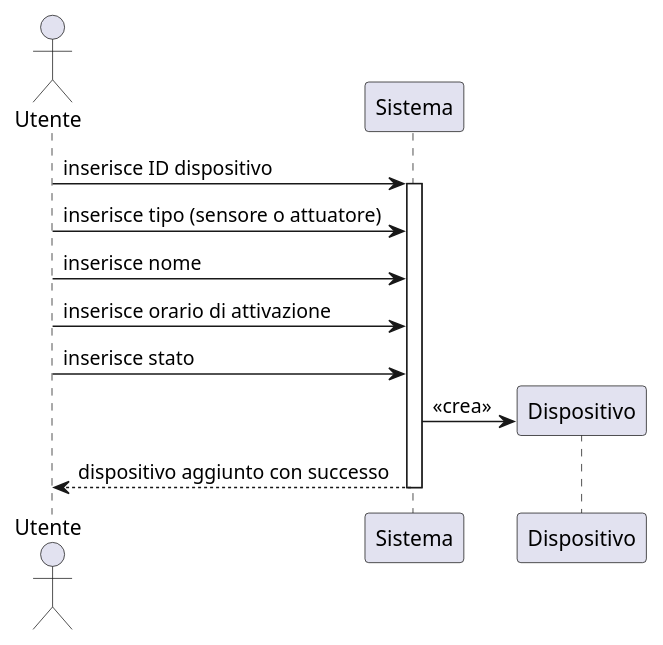
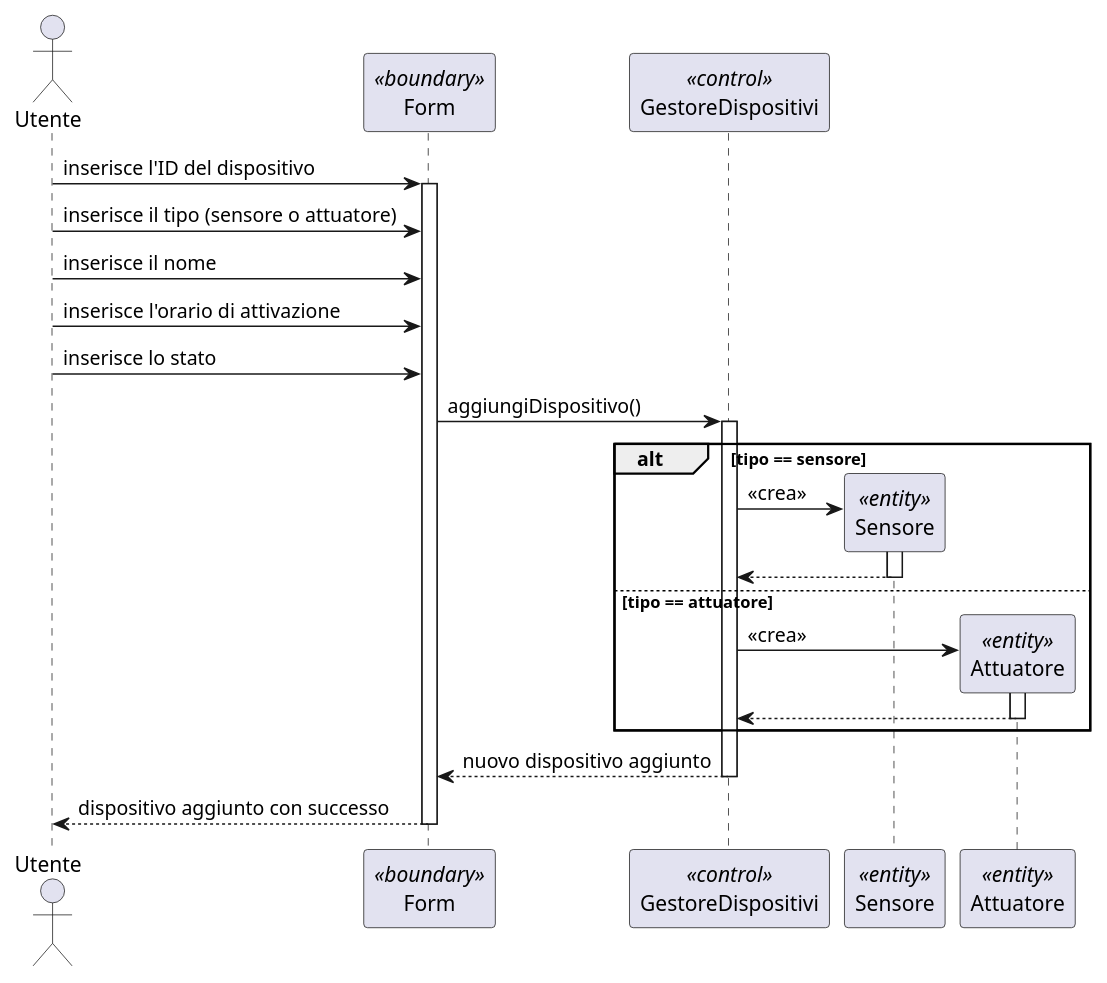
Before and after one commit to Mastronardidavide/Progetto_ing_del_software: the diagram in documenti vari/diagrammi di sequenza/Dispositivi/AggiungiDispositivo.puml, drawn with PlantUML. The commit also changed 55 other files, not shown here.

Commit message:
Correzione diagrammi di sequenza

```diff
--- a/documenti vari/diagrammi di sequenza/Dispositivi/AggiungiDispositivo.puml
+++ b/documenti vari/diagrammi di sequenza/Dispositivi/AggiungiDispositivo.puml
@@ -1,18 +1,36 @@
 @startuml
 actor Utente
-participant Sistema
-participant Dispositivo
+participant Form <<boundary>>
+participant GestoreDispositivi <<control>>
+participant Sensore <<entity>>
+participant Attuatore <<entity>>
 
-Utente -> Sistema : inserisce ID dispositivo
-activate Sistema
+Utente -> Form : inserisce l'ID del dispositivo
+activate Form
 
-Utente -> Sistema : inserisce tipo (sensore o attuatore)
-Utente -> Sistema : inserisce nome
-Utente -> Sistema : inserisce orario di attivazione
-Utente -> Sistema : inserisce stato
+Utente -> Form : inserisce il tipo (sensore o attuatore)
+Utente -> Form : inserisce il nome
+Utente -> Form : inserisce l'orario di attivazione
+Utente -> Form : inserisce lo stato
 
-Sistema -> Dispositivo ** : <<crea>>
+Form -> GestoreDispositivi : aggiungiDispositivo()
+activate GestoreDispositivi
 
-Sistema --> Utente : dispositivo aggiunto con successo
-deactivate Sistema
+alt tipo == sensore
+    GestoreDispositivi -> Sensore ** : <<crea>>
+    activate Sensore
+    Sensore --> GestoreDispositivi
+    deactivate Sensore
+else tipo == attuatore
+    GestoreDispositivi -> Attuatore ** : <<crea>>
+    activate Attuatore
+    Attuatore --> GestoreDispositivi
+    deactivate Attuatore
+end
+
+GestoreDispositivi --> Form : nuovo dispositivo aggiunto
+deactivate GestoreDispositivi
+
+Form --> Utente : dispositivo aggiunto con successo
+deactivate Form
 @enduml
```
